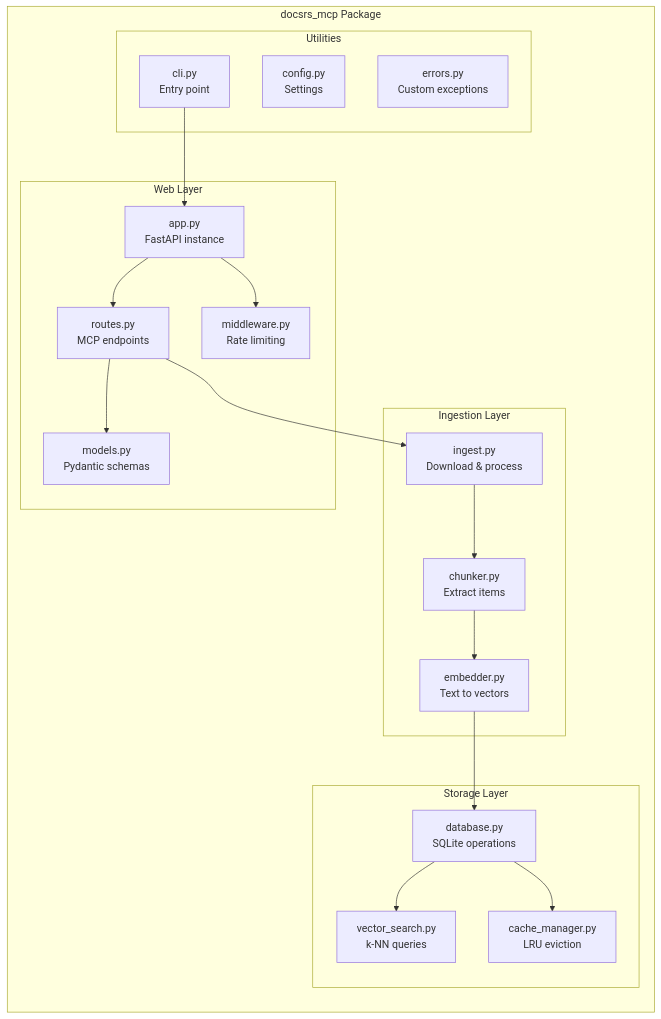
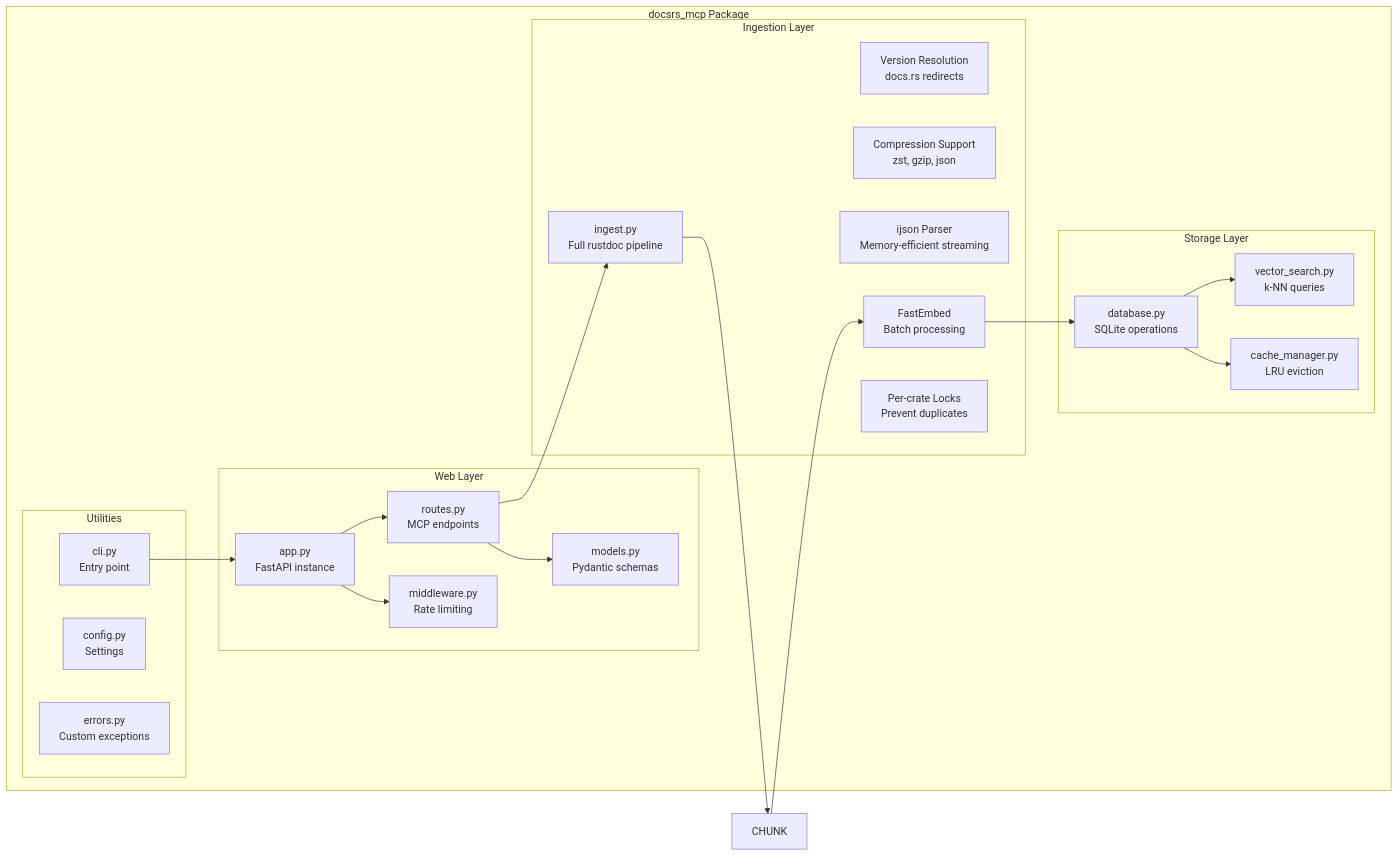
The second of 9 diagrams in Architecture.md (RimoVR/docsrs-mcp), drawn with Mermaid before and after one commit. The commit also changed other lines of this file and 22 other files, not shown here.

First line of the commit message:
feat: Complete ingestion pipeline with rustdoc JSON support and comprehensive tests

````diff
--- a/Architecture.md
+++ b/Architecture.md
@@ -48,40 +48,43 @@
 ```mermaid
 graph LR
     subgraph "docsrs_mcp Package"
         subgraph "Web Layer"
             APP[app.py<br/>FastAPI instance]
             ROUTES[routes.py<br/>MCP endpoints]
             MODELS[models.py<br/>Pydantic schemas]
             MW[middleware.py<br/>Rate limiting]
         end
         
         subgraph "Ingestion Layer"
-            ING[ingest.py<br/>Download & process]
-            CHUNK[chunker.py<br/>Extract items]
-            EMBED[embedder.py<br/>Text to vectors]
+            ING[ingest.py<br/>Full rustdoc pipeline]
+            VER[Version Resolution<br/>docs.rs redirects]
+            DL[Compression Support<br/>zst, gzip, json]
+            PARSE[ijson Parser<br/>Memory-efficient streaming]
+            EMBED[FastEmbed<br/>Batch processing]
+            LOCK[Per-crate Locks<br/>Prevent duplicates]
         end
         
         subgraph "Storage Layer"
             DB[database.py<br/>SQLite operations]
             VSS[vector_search.py<br/>k-NN queries]
             CACHE[cache_manager.py<br/>LRU eviction]
         end
         
         subgraph "Utilities"
             CLI[cli.py<br/>Entry point]
             CONFIG[config.py<br/>Settings]
             ERRORS[errors.py<br/>Custom exceptions]
         end
     end
     
     APP --> ROUTES
     ROUTES --> MODELS
     APP --> MW
     ROUTES --> ING
     ING --> CHUNK
     CHUNK --> EMBED
     EMBED --> DB
     DB --> VSS
     DB --> CACHE
     CLI --> APP
 ```
````
